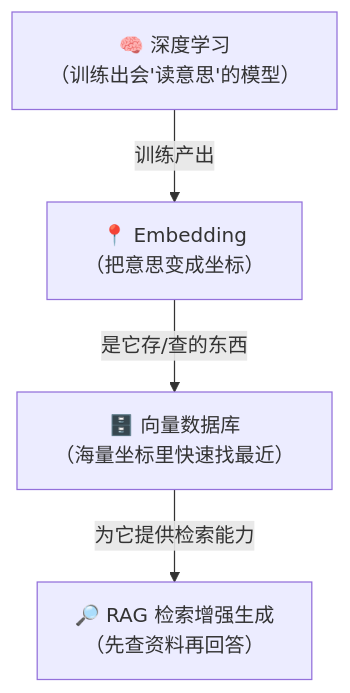
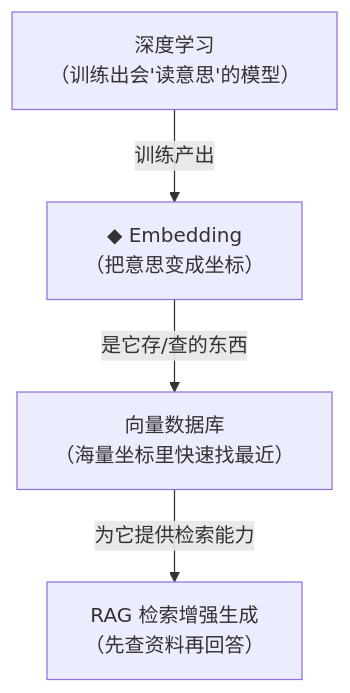
One commit to luckykhy/KhyAiHub changed the eighth of 8 diagrams in docs/02_CONCEPTS_概念入门/CONCEPT/[CONCEPT-09] 什么是Embedding-向量.md. Above: the diagram before and after it, drawn with Mermaid. The commit also changed other lines of this file and 19 other files, not shown here.

````diff
--- a/docs/02_CONCEPTS_概念入门/CONCEPT/[CONCEPT-09] 什么是Embedding-向量.md
+++ b/docs/02_CONCEPTS_概念入门/CONCEPT/[CONCEPT-09] 什么是Embedding-向量.md
@@ -304,10 +304,10 @@
 ```mermaid
 flowchart TB
-  DL["🧠 深度学习<br/>（训练出会'读意思'的模型）"]
-  EMB["📍 Embedding<br/>（把意思变成坐标）"]
-  VDB["🗄️ 向量数据库<br/>（海量坐标里快速找最近）"]
-  RAG["🔎 RAG 检索增强生成<br/>（先查资料再回答）"]
+  DL["深度学习<br/>（训练出会'读意思'的模型）"]
+  EMB["◆ Embedding<br/>（把意思变成坐标）"]
+  VDB["向量数据库<br/>（海量坐标里快速找最近）"]
+  RAG["RAG 检索增强生成<br/>（先查资料再回答）"]
   DL -- "训练产出" --> EMB
   EMB -- "是它存/查的东西" --> VDB
   VDB -- "为它提供检索能力" --> RAG
 ```
````
